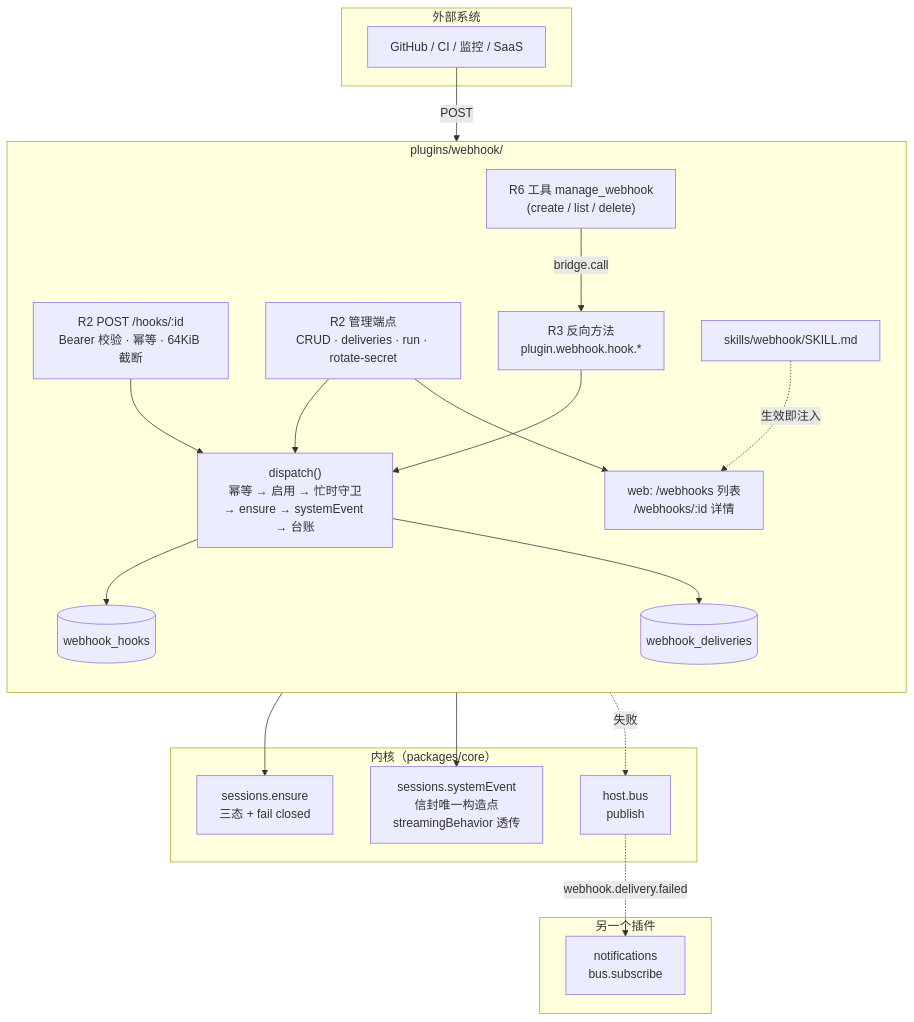
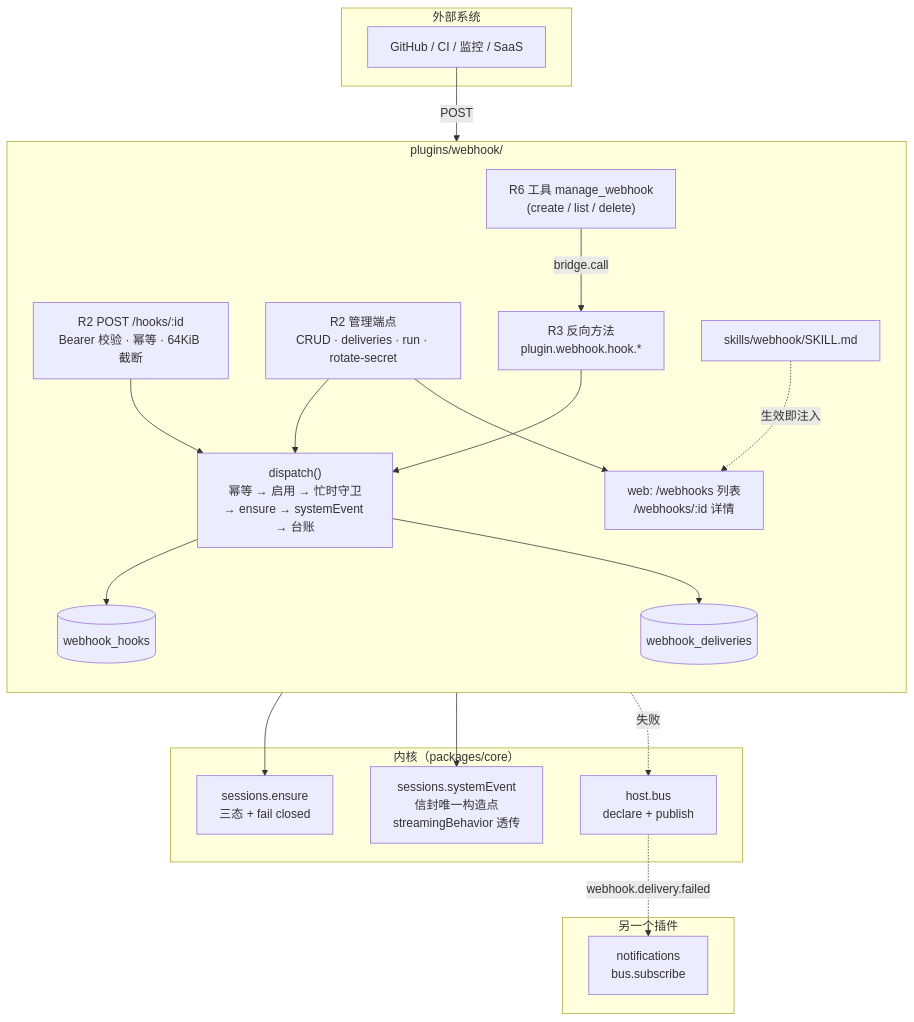
One commit to shinexsf/pi-agent-platform changed the diagram in doc/architecture/pi-agent-server_webhooks.md. Above: the diagram before and after it, drawn with Mermaid. The commit also changed other lines of this file and 7 other files, not shown here.

````diff
--- a/doc/architecture/pi-agent-server_webhooks.md
+++ b/doc/architecture/pi-agent-server_webhooks.md
@@ -18,43 +18,43 @@
 ```mermaid
 flowchart TB
   subgraph ext["外部系统"]
     GH["GitHub / CI / 监控 / SaaS"]
   end
 
   subgraph plugin["plugins/webhook/"]
     direction TB
     R2["R2 POST /hooks/:id<br/>Bearer 校验 · 幂等 · 64KiB 截断"]
     DISP["dispatch()<br/>幂等 → 启用 → 忙时守卫<br/>→ ensure → systemEvent → 台账"]
     ADMIN["R2 管理端点<br/>CRUD · deliveries · run · rotate-secret"]
     R3["R3 反向方法<br/>plugin.webhook.hook.*"]
     R6["R6 工具 manage_webhook<br/>(create / list / delete)"]
     SK["skills/webhook/SKILL.md"]
     WEB["web: /webhooks 列表<br/>/webhooks/:id 详情"]
     T1[("webhook_hooks")]
     T2[("webhook_deliveries")]
   end
 
   subgraph kernel["内核（packages/core）"]
     ENSURE["sessions.ensure<br/>三态 + fail closed"]
     SE["sessions.systemEvent<br/>信封唯一构造点<br/>streamingBehavior 透传"]
-    BUS["host.bus<br/>publish"]
+    BUS["host.bus<br/>declare + publish"]
   end
 
   subgraph other["另一个插件"]
     NTF["notifications<br/>bus.subscribe"]
   end
 
   GH -->|"POST"| R2
   R2 --> DISP
   ADMIN --> DISP
   R3 --> DISP
   R6 -->|bridge.call| R3
   DISP --> T1
   DISP --> T2
   DISP --> ENSURE
   DISP --> SE
   DISP -.失败.-> BUS
   BUS -.->|"webhook.delivery.failed"| NTF
   SK -.生效即注入.-> WEB
   ADMIN --> WEB
 ```
````
